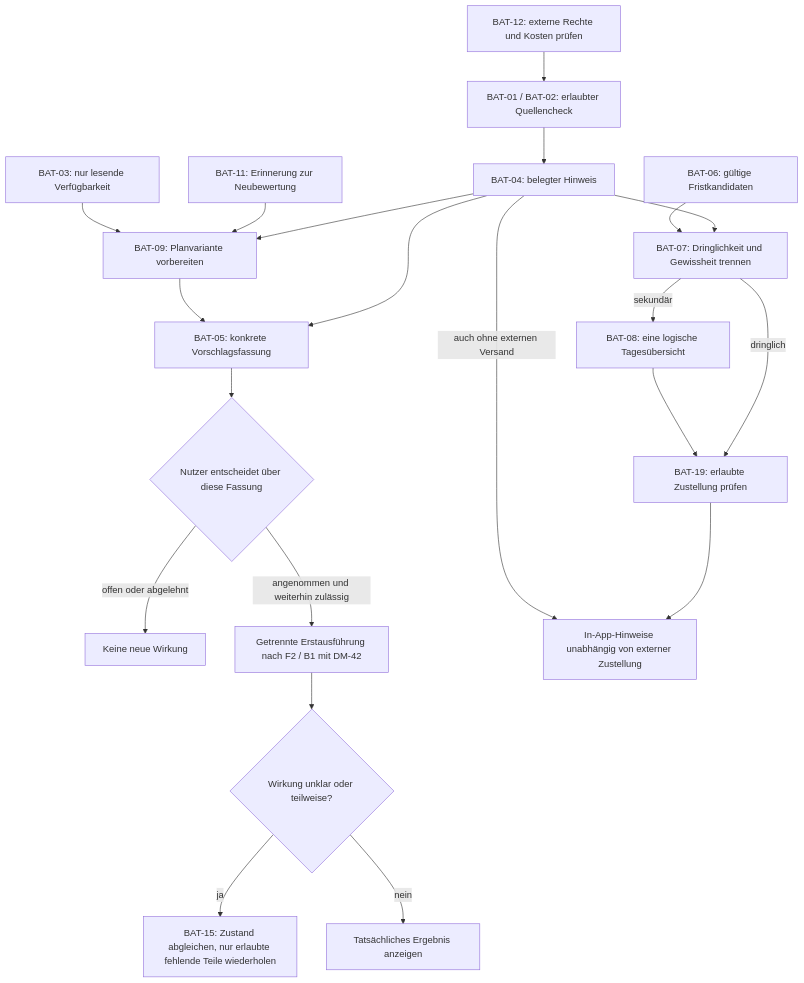
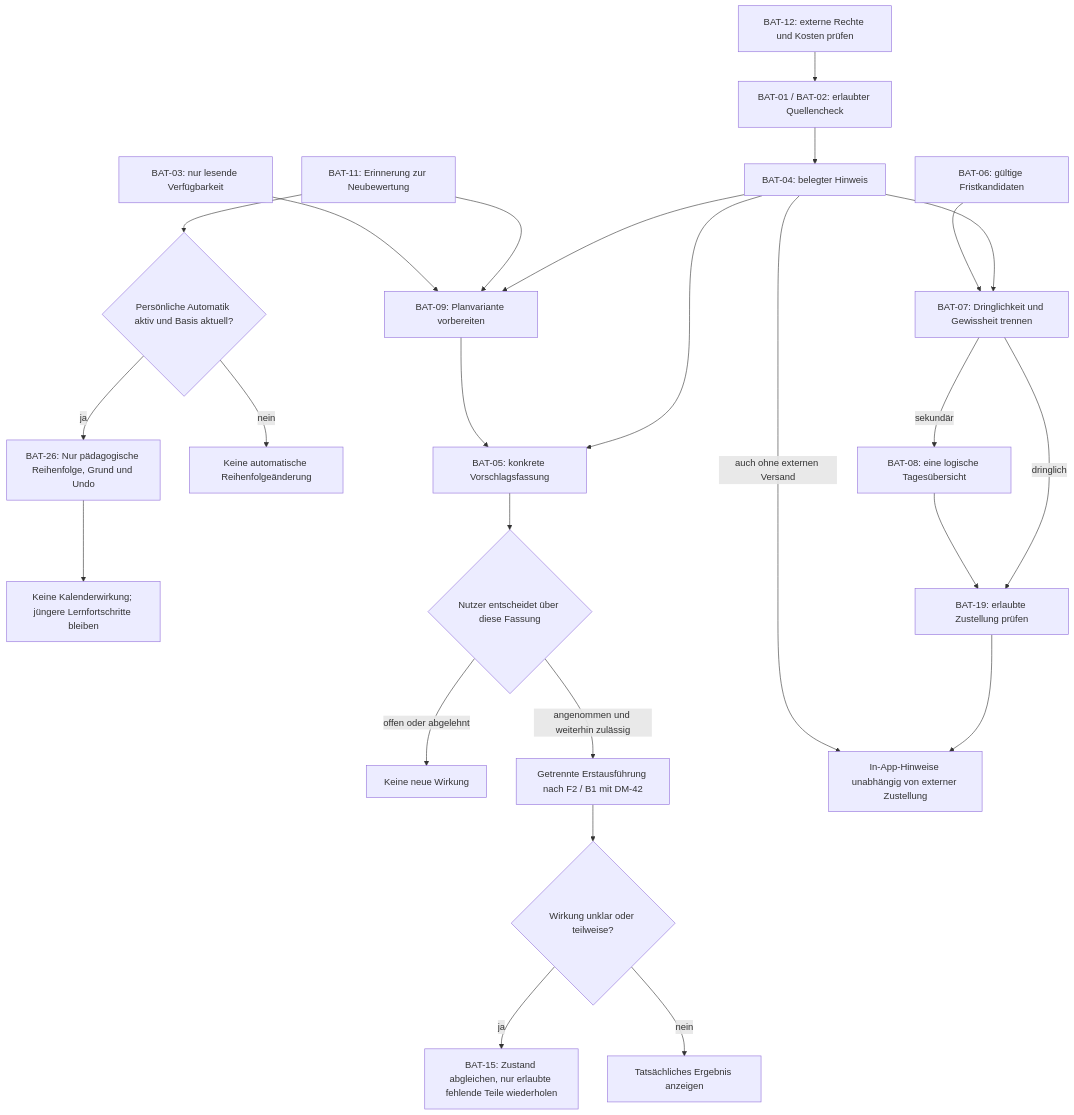
One commit to Viny005/syllentra changed the second of 2 diagrams in docs/spec/B2-batch.md. Above: the diagram before and after it, drawn with Mermaid. The commit also changed other lines of this file and 17 other files, not shown here.

````diff
--- a/docs/spec/B2-batch.md
+++ b/docs/spec/B2-batch.md
@@ -568,23 +580,27 @@
 ```mermaid
 flowchart TB
   Q["BAT-12: externe Rechte und Kosten prüfen"] --> S1["BAT-01 / BAT-02: erlaubter Quellencheck"]
   S1 --> S2["BAT-04: belegter Hinweis"]
   S2 --> P["BAT-05: konkrete Vorschlagsfassung"]
   S2 --> PLAN["BAT-09: Planvariante vorbereiten"]
   M["BAT-11: Erinnerung zur Neubewertung"] --> PLAN
+  M --> AUTO{"Persönliche Automatik aktiv und Basis aktuell?"}
+  AUTO -->|nein| WAIT["Keine automatische Reihenfolgeänderung"]
+  AUTO -->|ja| ORDER["BAT-26: Nur pädagogische Reihenfolge, Grund und Undo"]
+  ORDER --> KEEP["Keine Kalenderwirkung; jüngere Lernfortschritte bleiben"]
   KAL["BAT-03: nur lesende Verfügbarkeit"] --> PLAN
   PLAN --> P
   P --> C{"Nutzer entscheidet über diese Fassung"}
   C -->|offen oder abgelehnt| N["Keine neue Wirkung"]
   C -->|angenommen und weiterhin zulässig| W["Getrennte Erstausführung nach F2 / B1 mit DM-42"]
   W --> U{"Wirkung unklar oder teilweise?"}
   U -->|ja| EX["BAT-15: Zustand abgleichen, nur erlaubte fehlende Teile wiederholen"]
   U -->|nein| E["Tatsächliches Ergebnis anzeigen"]
   S2 --> PR["BAT-07: Dringlichkeit und Gewissheit trennen"]
   CAL["BAT-06: gültige Fristkandidaten"] --> PR
   PR -->|sekundär| DIG["BAT-08: eine logische Tagesübersicht"]
   PR -->|dringlich| PUSH["BAT-19: erlaubte Zustellung prüfen"]
   DIG --> PUSH
   PUSH --> APP["In-App-Hinweise unabhängig von externer Zustellung"]
   S2 -->|auch ohne externen Versand| APP
 ```
````
